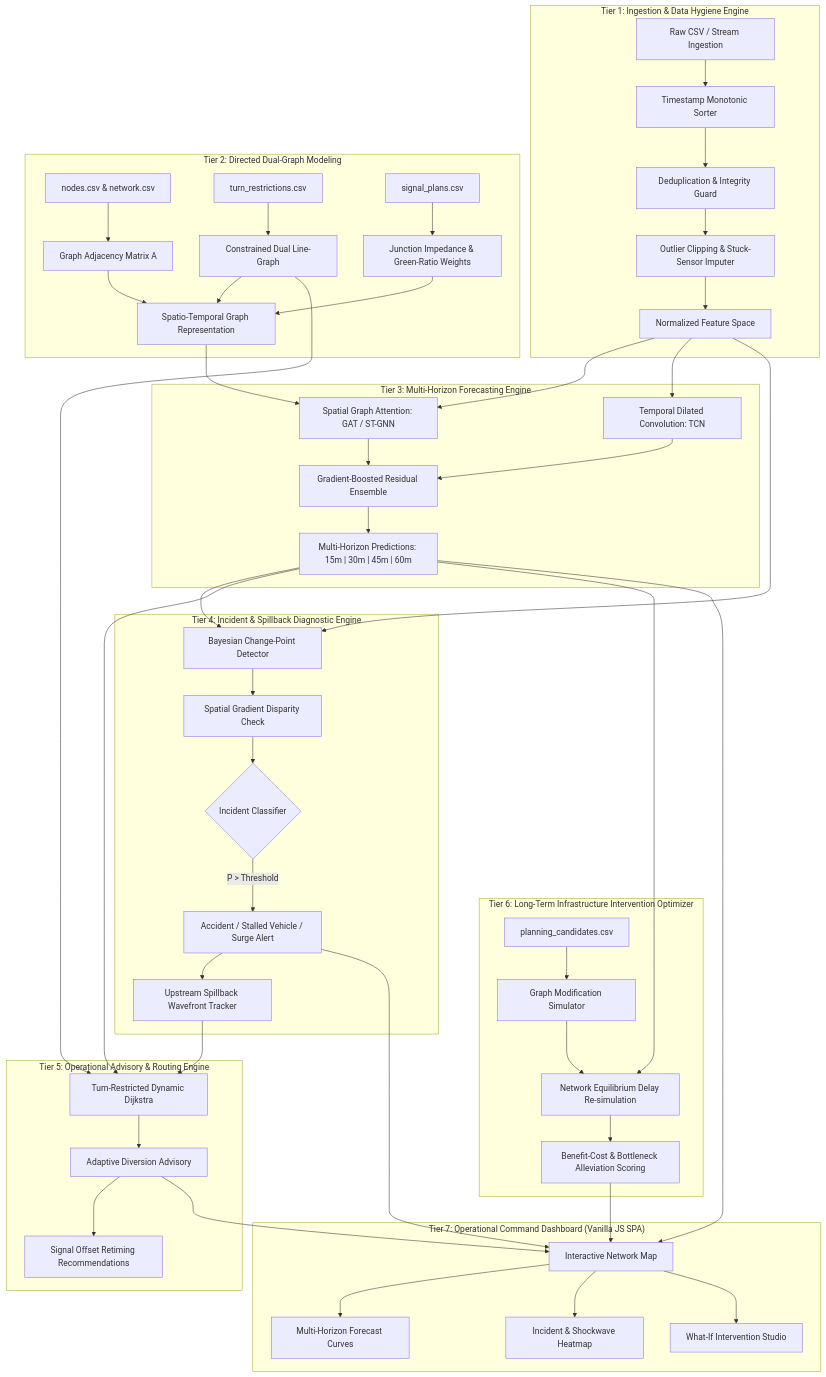
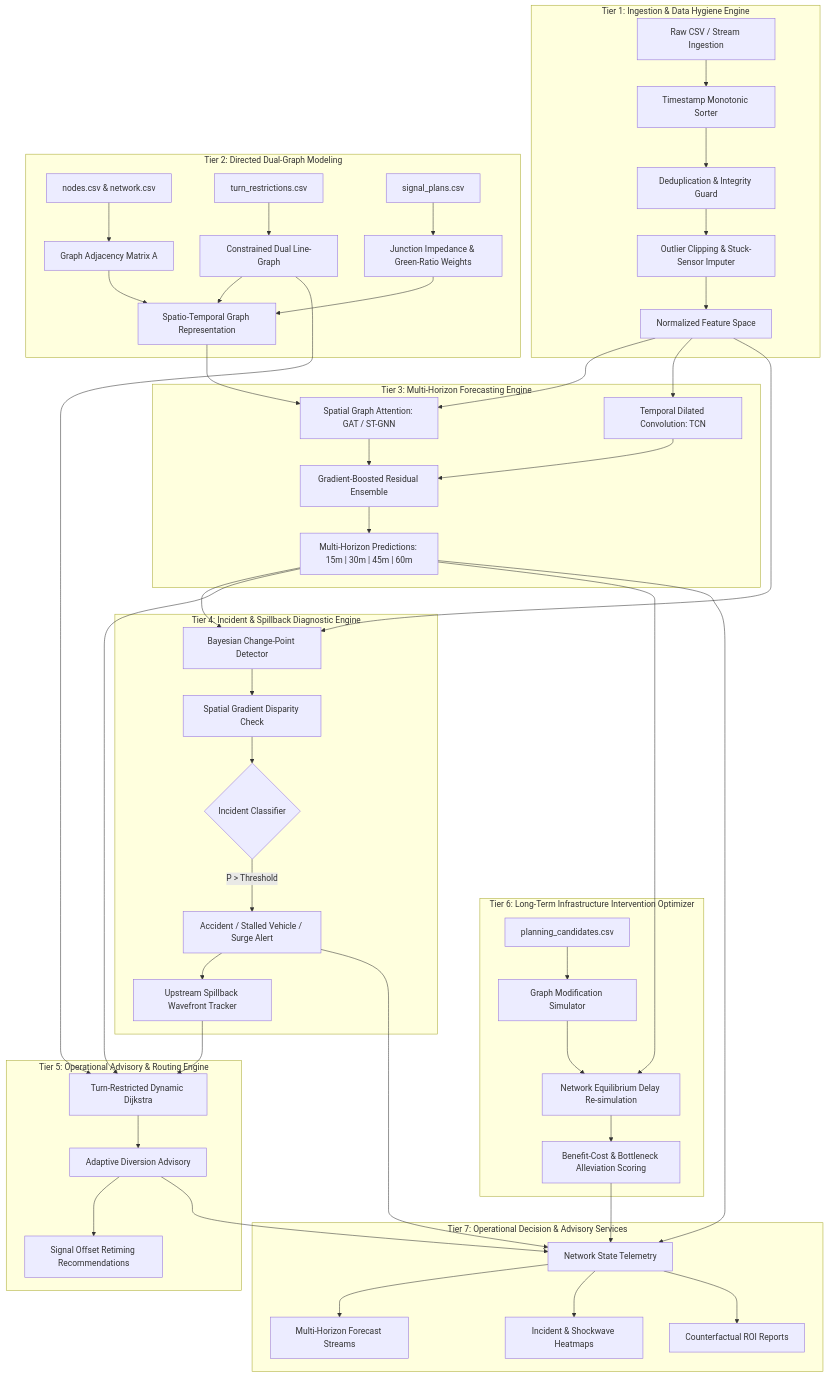
Before and after one commit to Jiteshreddy123/Gatimarg: the diagram in README.md, drawn with Mermaid. The commit also changed other lines of this file and 2 other files, not shown here.

Commit message:
fix(docs): resolve LaTeX rendering errors and remove all SPA/prototype references

````diff
--- a/README.md
+++ b/README.md
@@ -91,50 +91,50 @@
 ```mermaid
 flowchart TD
     subgraph INGESTION ["Tier 1: Ingestion & Data Hygiene Engine"]
         A1[Raw CSV / Stream Ingestion] --> A2[Timestamp Monotonic Sorter]
         A2 --> A3[Deduplication & Integrity Guard]
         A3 --> A4[Outlier Clipping & Stuck-Sensor Imputer]
         A4 --> A5[Normalized Feature Space]
     end
 
     subgraph TOPOLOGY ["Tier 2: Directed Dual-Graph Modeling"]
         B1[nodes.csv & network.csv] --> B2[Graph Adjacency Matrix A]
         B3[turn_restrictions.csv] --> B4[Constrained Dual Line-Graph]
         B5[signal_plans.csv] --> B6[Junction Impedance & Green-Ratio Weights]
         B2 & B4 & B6 --> B7[Spatio-Temporal Graph Representation]
     end
 
     subgraph FORECASTING ["Tier 3: Multi-Horizon Forecasting Engine"]
         A5 & B7 --> C1[Spatial Graph Attention: GAT / ST-GNN]
         A5 --> C2[Temporal Dilated Convolution: TCN]
         C1 & C2 --> C3[Gradient-Boosted Residual Ensemble]
         C3 --> C4["Multi-Horizon Predictions: 15m | 30m | 45m | 60m"]
     end
 
     subgraph ANOMALY ["Tier 4: Incident & Spillback Diagnostic Engine"]
         A5 & C4 --> D1[Bayesian Change-Point Detector]
         D1 --> D2[Spatial Gradient Disparity Check]
         D2 --> D3{Incident Classifier}
         D3 -->|P > Threshold| D4[Accident / Stalled Vehicle / Surge Alert]
         D4 --> D5[Upstream Spillback Wavefront Tracker]
     end
 
-    subgraph DECISION ["Tier 5: Operational Advisory & Routing Engine"]
+    subgraph ROUTING ["Tier 5: Operational Advisory & Routing Engine"]
         D5 & B4 & C4 --> E1[Turn-Restricted Dynamic Dijkstra]
         E1 --> E2[Adaptive Diversion Advisory]
         E2 --> E3[Signal Offset Retiming Recommendations]
     end
 
     subgraph COUNTERFACTUAL ["Tier 6: Long-Term Infrastructure Intervention Optimizer"]
         F1[planning_candidates.csv] --> F2[Graph Modification Simulator]
         F2 & C4 --> F3[Network Equilibrium Delay Re-simulation]
         F3 --> F4[Benefit-Cost & Bottleneck Alleviation Scoring]
     end
 
-    subgraph UI ["Tier 7: Operational Command Dashboard (Vanilla JS SPA)"]
-        C4 & D4 & E2 & F4 --> G1[Interactive Network Map]
-        G1 --> G2[Multi-Horizon Forecast Curves]
-        G1 --> G3[Incident & Shockwave Heatmap]
-        G1 --> G4[What-If Intervention Studio]
+    subgraph SERVICES ["Tier 7: Operational Decision & Advisory Services"]
+        C4 & D4 & E2 & F4 --> G1[Network State Telemetry]
+        G1 --> G2[Multi-Horizon Forecast Streams]
+        G1 --> G3[Incident & Shockwave Heatmaps]
+        G1 --> G4[Counterfactual ROI Reports]
     end
 ```
````
